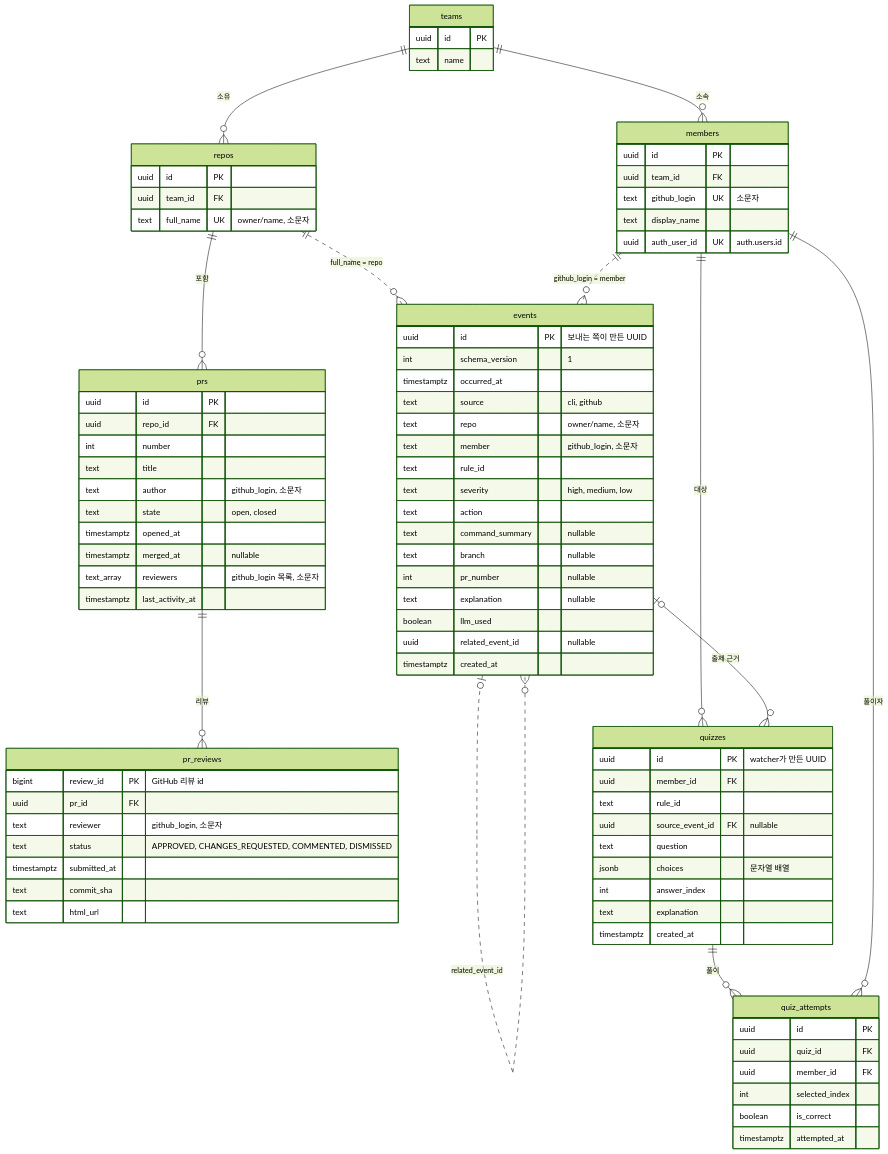
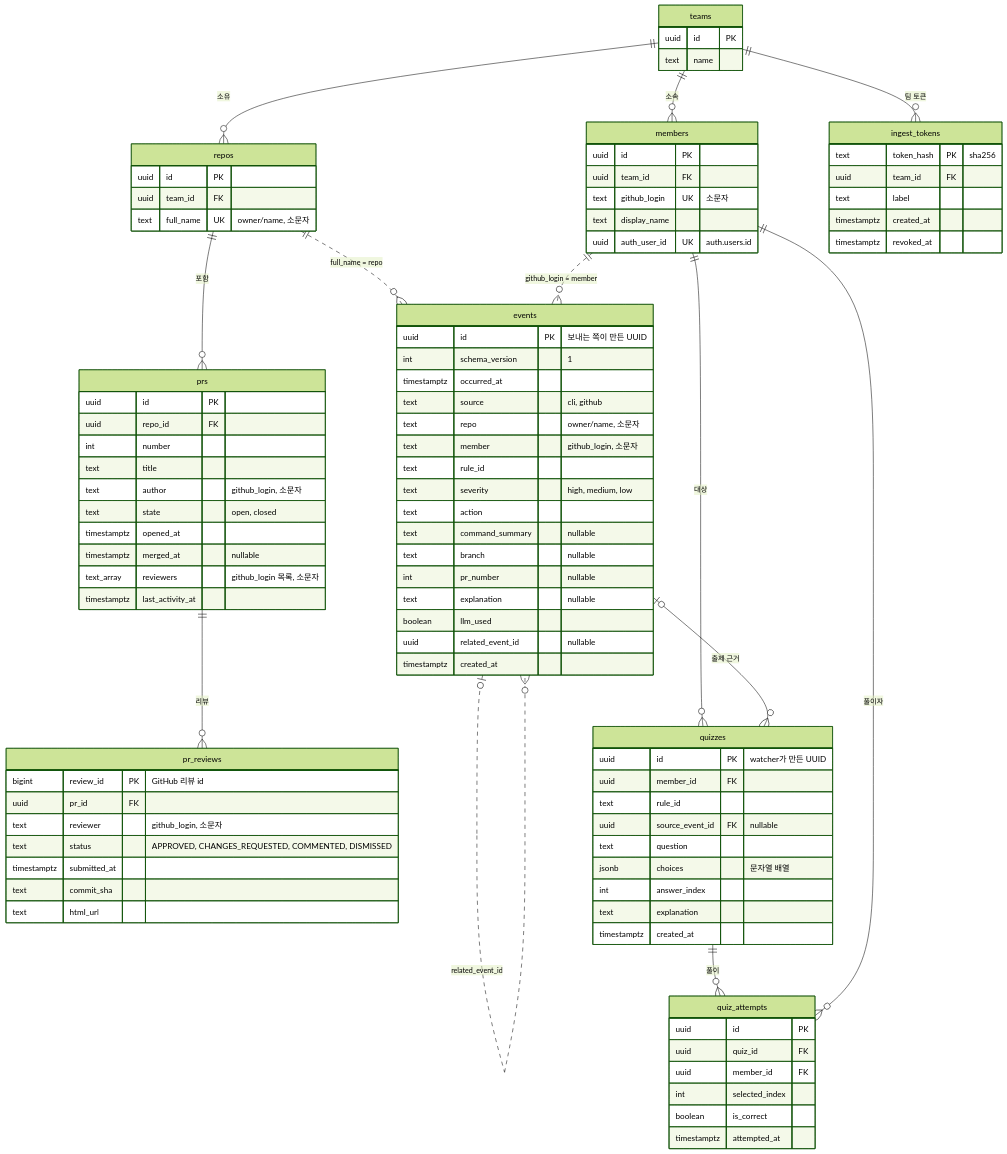
Before and after one commit to enryu0210/Github_Supervisor_Learning_Program: the diagram in docs/db/ERD.md, drawn with Mermaid (forest theme). The commit also changed other lines of this file and 8 other files, not shown here.

````diff
--- a/docs/db/ERD.md
+++ b/docs/db/ERD.md
@@ -12,6 +12,7 @@
 erDiagram
     teams ||--o{ repos : "소유"
     teams ||--o{ members : "소속"
+    teams ||--o{ ingest_tokens : "팀 토큰"
     repos ||--o{ prs : "포함"
     prs ||--o{ pr_reviews : "리뷰"
     repos ||..o{ events : "full_name = repo"
@@ -96,4 +97,11 @@
         boolean is_correct
         timestamptz attempted_at
     }
+    ingest_tokens {
+        text token_hash PK "sha256"
+        uuid team_id FK
+        text label
+        timestamptz created_at
+        timestamptz revoked_at
+    }
 ```
````
